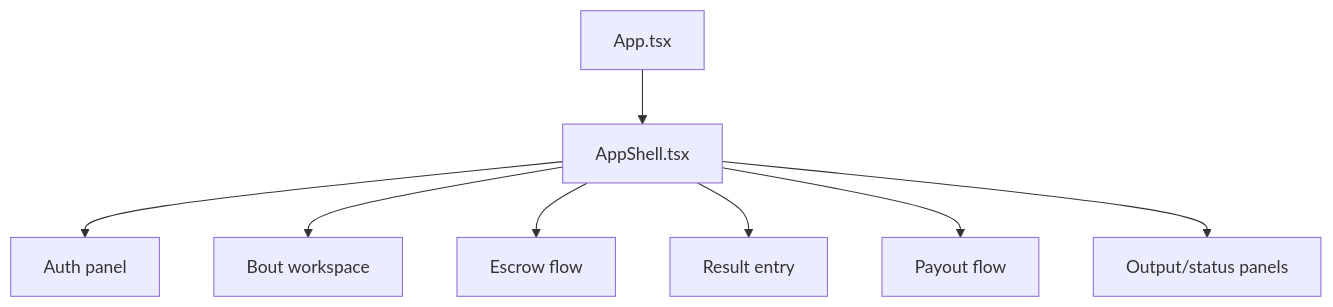
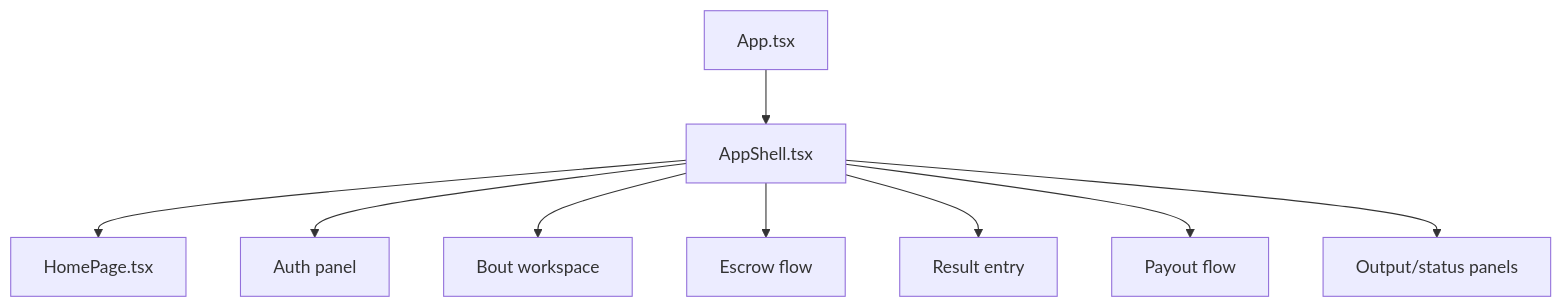
One commit to KipianiNikoloz/RingLedger changed the diagram in frontend/src/app/README.md. Above: the diagram before and after it, drawn with Mermaid. The commit also changed other lines of this file and 13 other files, not shown here.

````diff
--- a/frontend/src/app/README.md
+++ b/frontend/src/app/README.md
@@ -15,10 +16,11 @@
 ```mermaid
 flowchart TD
     App[App.tsx] --> Shell[AppShell.tsx]
+    Shell --> Home[HomePage.tsx]
     Shell --> Auth[Auth panel]
     Shell --> Workspace[Bout workspace]
     Shell --> Escrow[Escrow flow]
     Shell --> Result[Result entry]
     Shell --> Payout[Payout flow]
     Shell --> Output[Output/status panels]
 ```
````
